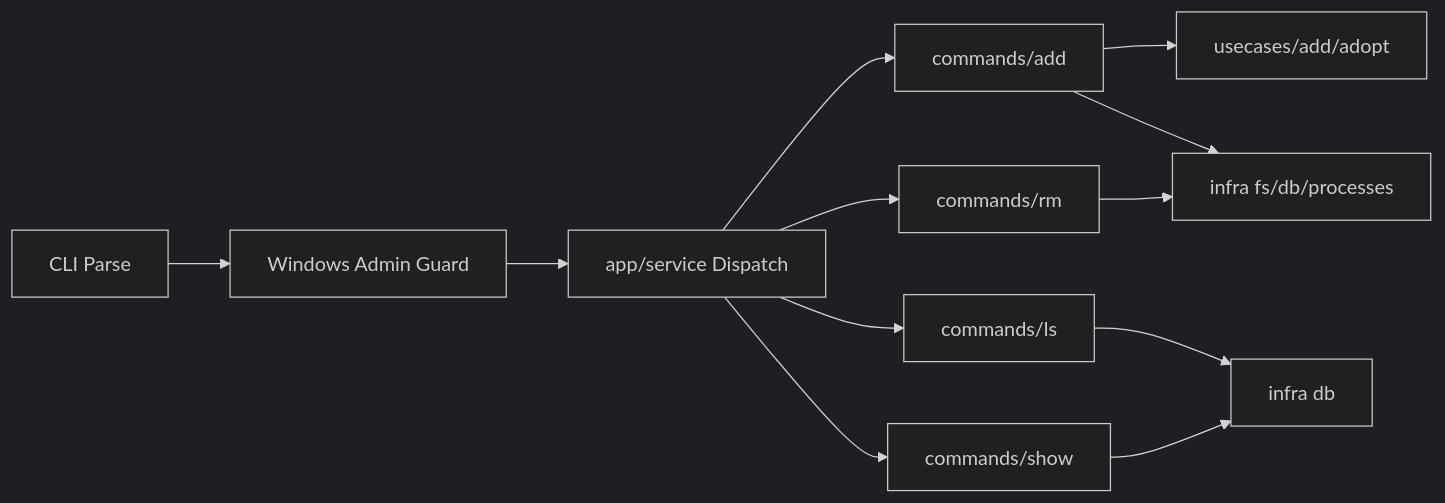
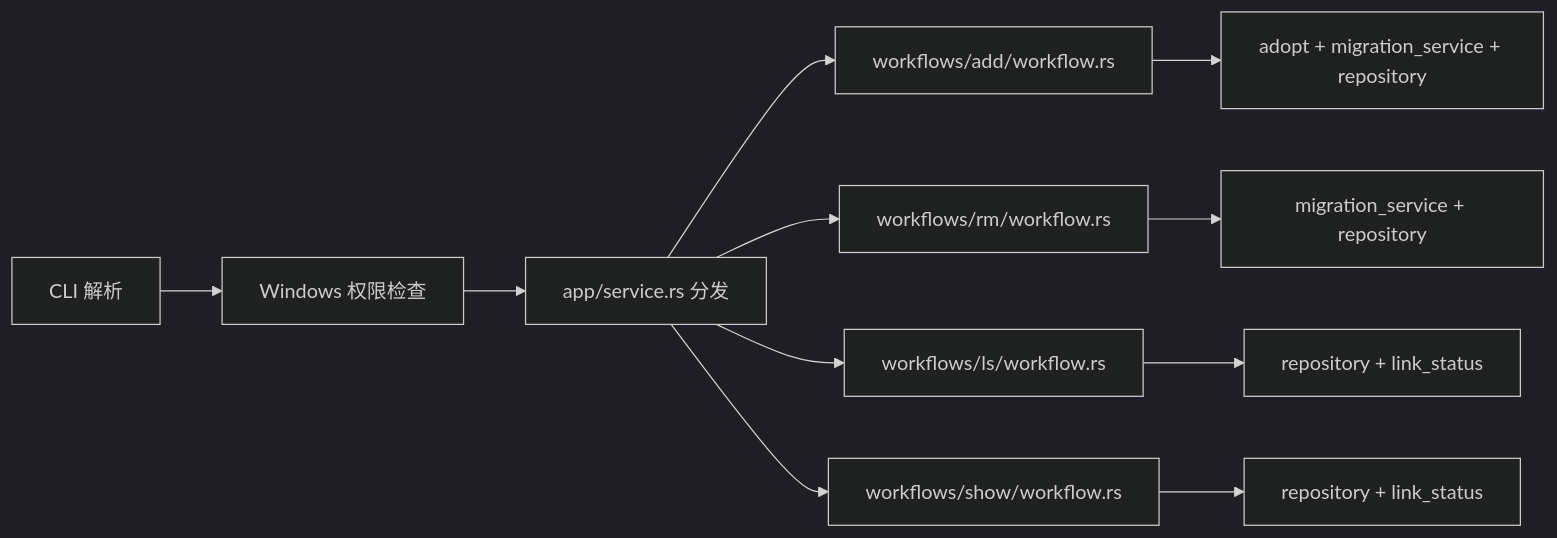
The second of 4 diagrams in README.md (835519608/symm), drawn with Mermaid (dark theme) before and after one commit. The commit also changed other lines of this file and 55 other files, not shown here.

````diff
--- a/README.md
+++ b/README.md
@@ -105,14 +113,14 @@
 ```mermaid
 flowchart LR
-cli[CLI Parse] --> guard[Windows Admin Guard]
-guard --> dispatch[app/service Dispatch]
-dispatch --> addCmd[commands/add]
-dispatch --> lsCmd[commands/ls]
-dispatch --> showCmd[commands/show]
-dispatch --> rmCmd[commands/rm]
-addCmd --> adoptFlow[usecases/add/adopt]
-addCmd --> infraOps[infra fs/db/processes]
-lsCmd --> dbRead[infra db]
-showCmd --> dbRead
-rmCmd --> infraOps
+cli[CLI 解析] --> guard[Windows 权限检查]
+guard --> dispatch[app/service.rs 分发]
+dispatch --> addFlow[workflows/add/workflow.rs]
+dispatch --> rmFlow[workflows/rm/workflow.rs]
+dispatch --> lsFlow[workflows/ls/workflow.rs]
+dispatch --> showFlow[workflows/show/workflow.rs]
+
+addFlow --> addInfra[adopt + migration_service + repository]
+rmFlow --> rmInfra[migration_service + repository]
+lsFlow --> lsInfra[repository + link_status]
+showFlow --> showInfra[repository + link_status]
 ```
````
